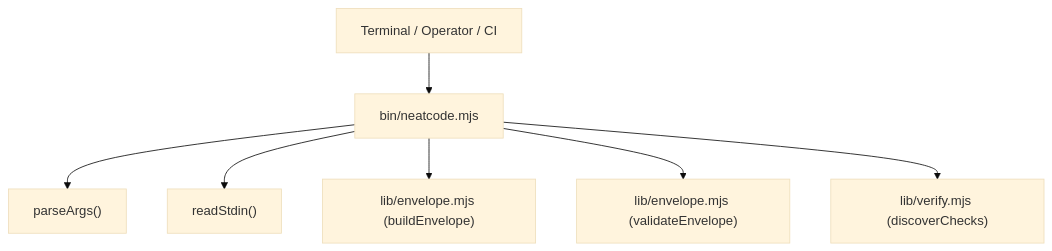
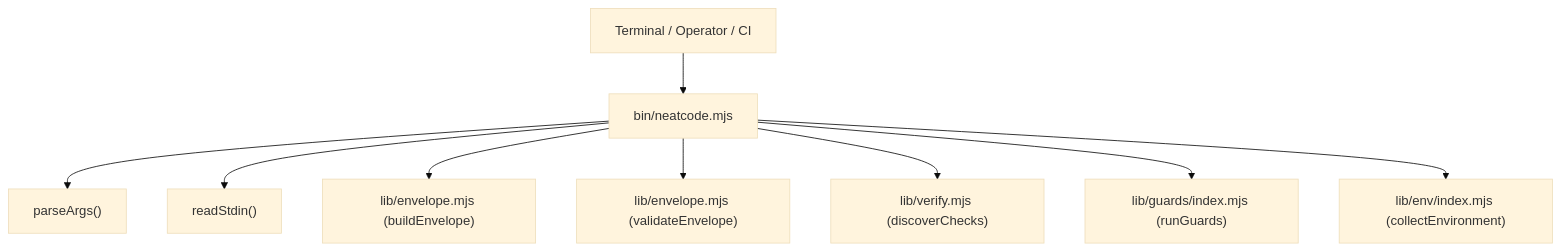
The diagram in docs/subsystems/cli-and-harness.md (GodSpeedAI/NeatCode), drawn with Mermaid (base theme) before and after one commit. The commit also changed other lines of this file and 212 other files, not shown here.

Commit message:
feat: add multi-language code guards, environment tools, and ecosystem references

````diff
--- a/docs/subsystems/cli-and-harness.md
+++ b/docs/subsystems/cli-and-harness.md
@@ -29,9 +29,11 @@
 ```mermaid
 graph TD
     Shell["Terminal / Operator / CI"] --> CLI["bin/neatcode.mjs"]
     CLI --> ParseArgs["parseArgs()"]
     CLI --> ReadStdin["readStdin()"]
     CLI --> EnvBuild["lib/envelope.mjs (buildEnvelope)"]
     CLI --> EnvVal["lib/envelope.mjs (validateEnvelope)"]
     CLI --> Checks["lib/verify.mjs (discoverChecks)"]
+    CLI --> Guards["lib/guards/index.mjs (runGuards)"]
+    CLI --> EnvInv["lib/env/index.mjs (collectEnvironment)"]
 ```
````
